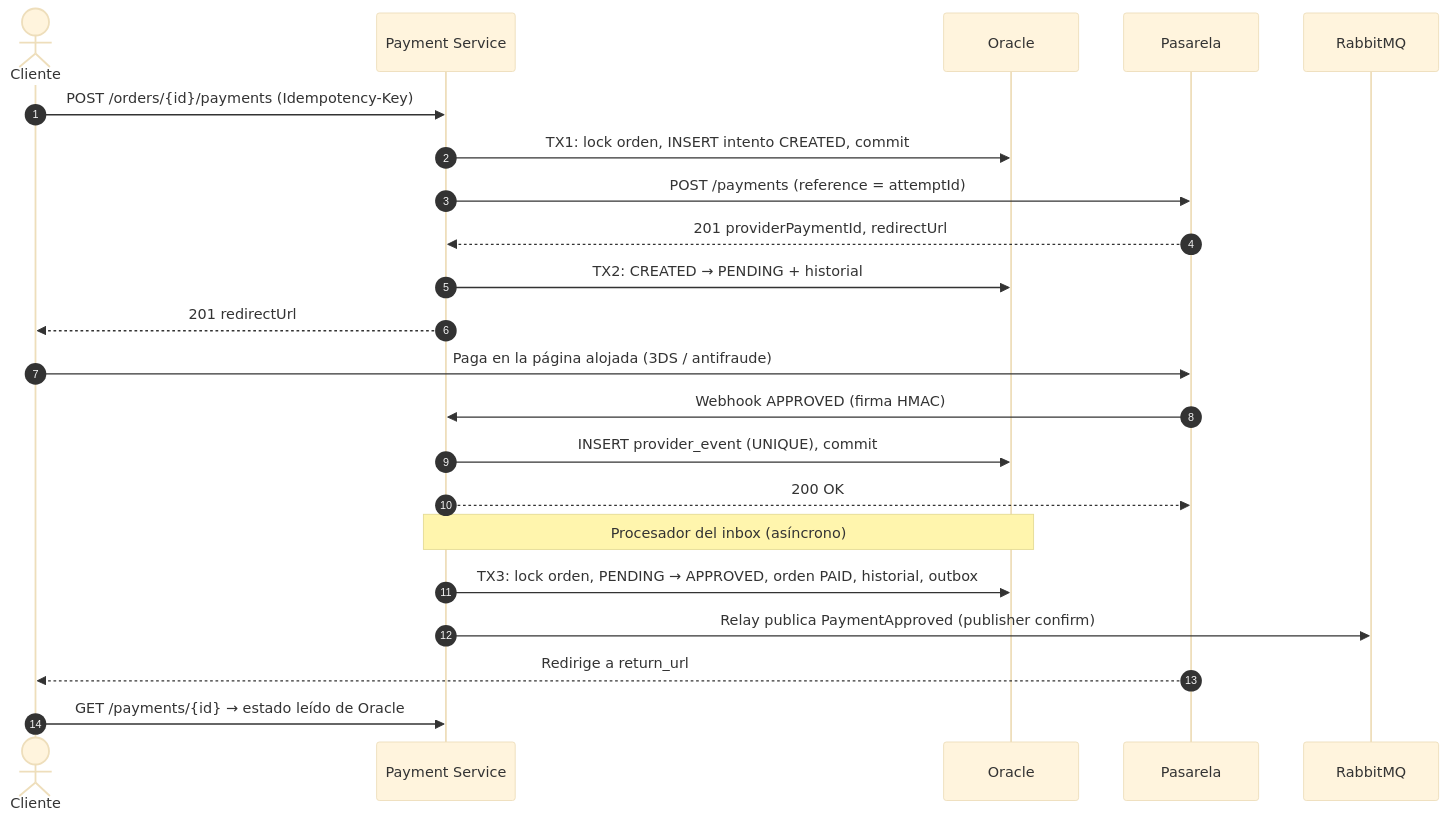
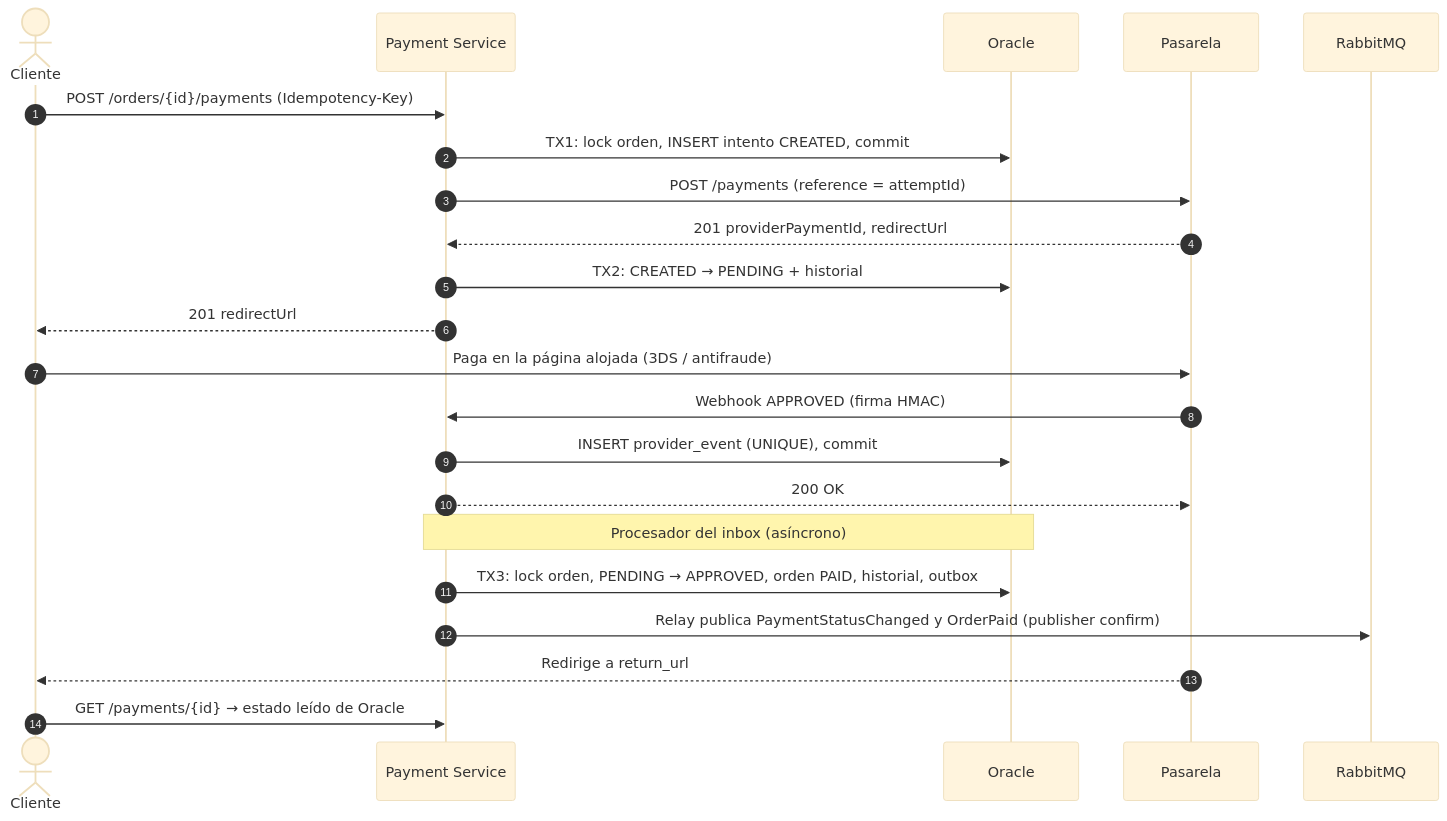
One commit to Alexcr666/prueba-tecnica-pasarela-pagos changed the fourth of 6 diagrams in docs/diseno-tecnico.md. Above: the diagram before and after it, drawn with Mermaid (base theme). The commit also changed 11 other files, not shown here.

````diff
--- a/docs/diseno-tecnico.md
+++ b/docs/diseno-tecnico.md
@@ -317,25 +317,25 @@
 ```mermaid
 sequenceDiagram
     autonumber
     actor C as Cliente
     participant PS as Payment Service
     participant DB as Oracle
     participant PG as Pasarela
     participant MQ as RabbitMQ
 
     C->>PS: POST /orders/{id}/payments (Idempotency-Key)
     PS->>DB: TX1: lock orden, INSERT intento CREATED, commit
     PS->>PG: POST /payments (reference = attemptId)
     PG-->>PS: 201 providerPaymentId, redirectUrl
     PS->>DB: TX2: CREATED → PENDING + historial
     PS-->>C: 201 redirectUrl
     C->>PG: Paga en la página alojada (3DS / antifraude)
     PG->>PS: Webhook APPROVED (firma HMAC)
     PS->>DB: INSERT provider_event (UNIQUE), commit
     PS-->>PG: 200 OK
     Note over PS,DB: Procesador del inbox (asíncrono)
     PS->>DB: TX3: lock orden, PENDING → APPROVED, orden PAID, historial, outbox
-    PS->>MQ: Relay publica PaymentApproved (publisher confirm)
+    PS->>MQ: Relay publica PaymentStatusChanged y OrderPaid (publisher confirm)
     PG-->>C: Redirige a return_url
     C->>PS: GET /payments/{id} → estado leído de Oracle
 ```
````
